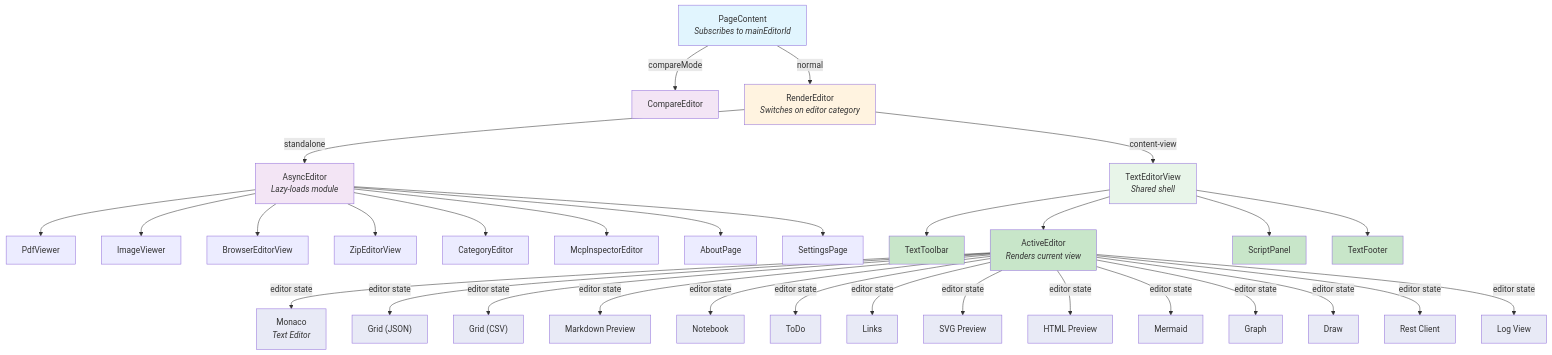
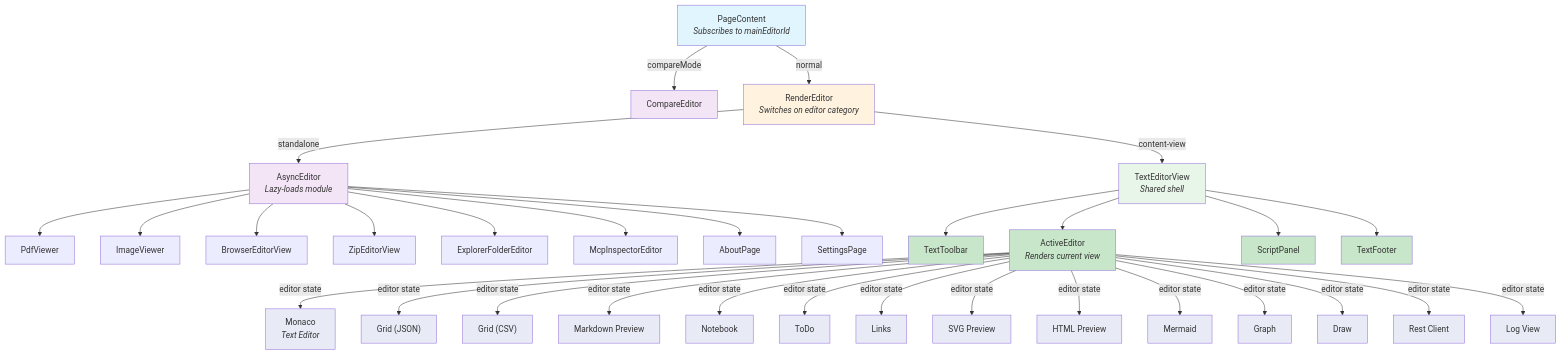
Before and after one commit to andriy-viyatyk/persephone: the diagram in doc/architecture/diagrams/3-rendering-architecture.mmd, drawn with Mermaid. The commit also changed 41 other files, not shown here.

First line of the commit message:
EPIC-018 Phase 0: CategoryView tile modes, imgSrc, favicon-cache move, ItemTile, folder editor rename

```diff
--- a/doc/architecture/diagrams/3-rendering-architecture.mmd
+++ b/doc/architecture/diagrams/3-rendering-architecture.mmd
@@ -1,61 +1,61 @@
 graph TB
     PC["PageContent<br/><i>Subscribes to mainEditorId</i>"]
 
     PC -->|"compareMode"| CMP["CompareEditor"]
     PC -->|"normal"| RE["RenderEditor<br/><i>Switches on editor category</i>"]
 
     RE -->|"standalone"| AE["AsyncEditor<br/><i>Lazy-loads module</i>"]
     AE --> PDF["PdfViewer"]
     AE --> IMG["ImageViewer"]
     AE --> BR["BrowserEditorView"]
     AE --> ZIP["ZipEditorView"]
-    AE --> CAT["CategoryEditor"]
+    AE --> CAT["ExplorerFolderEditor"]
     AE --> MCP["McpInspectorEditor"]
     AE --> AB["AboutPage"]
     AE --> SET["SettingsPage"]
 
     RE -->|"content-view"| TPV["TextEditorView<br/><i>Shared shell</i>"]
 
     TPV --> TB["TextToolbar"]
     TPV --> ACT["ActiveEditor<br/><i>Renders current view</i>"]
     TPV --> SP["ScriptPanel"]
     TPV --> TF["TextFooter"]
 
     ACT -->|"editor state"| MON["Monaco<br/><i>Text Editor</i>"]
     ACT -->|"editor state"| GJ["Grid (JSON)"]
     ACT -->|"editor state"| GC["Grid (CSV)"]
     ACT -->|"editor state"| MD["Markdown Preview"]
     ACT -->|"editor state"| NB["Notebook"]
     ACT -->|"editor state"| TD["ToDo"]
     ACT -->|"editor state"| LK["Links"]
     ACT -->|"editor state"| SVG["SVG Preview"]
     ACT -->|"editor state"| HTML["HTML Preview"]
     ACT -->|"editor state"| MMD["Mermaid"]
     ACT -->|"editor state"| GR["Graph"]
     ACT -->|"editor state"| DR["Draw"]
     ACT -->|"editor state"| RC["Rest Client"]
     ACT -->|"editor state"| LV["Log View"]
 
     style PC fill:#e1f5fe
     style CMP fill:#f3e5f5
     style RE fill:#fff3e0
     style AE fill:#f3e5f5
     style TPV fill:#e8f5e9
     style TB fill:#c8e6c9
     style ACT fill:#c8e6c9
     style SP fill:#c8e6c9
     style TF fill:#c8e6c9
     style MON fill:#e8eaf6
     style GJ fill:#e8eaf6
     style GC fill:#e8eaf6
     style MD fill:#e8eaf6
     style NB fill:#e8eaf6
     style TD fill:#e8eaf6
     style LK fill:#e8eaf6
     style SVG fill:#e8eaf6
     style HTML fill:#e8eaf6
     style MMD fill:#e8eaf6
     style GR fill:#e8eaf6
     style DR fill:#e8eaf6
     style RC fill:#e8eaf6
     style LV fill:#e8eaf6
```
